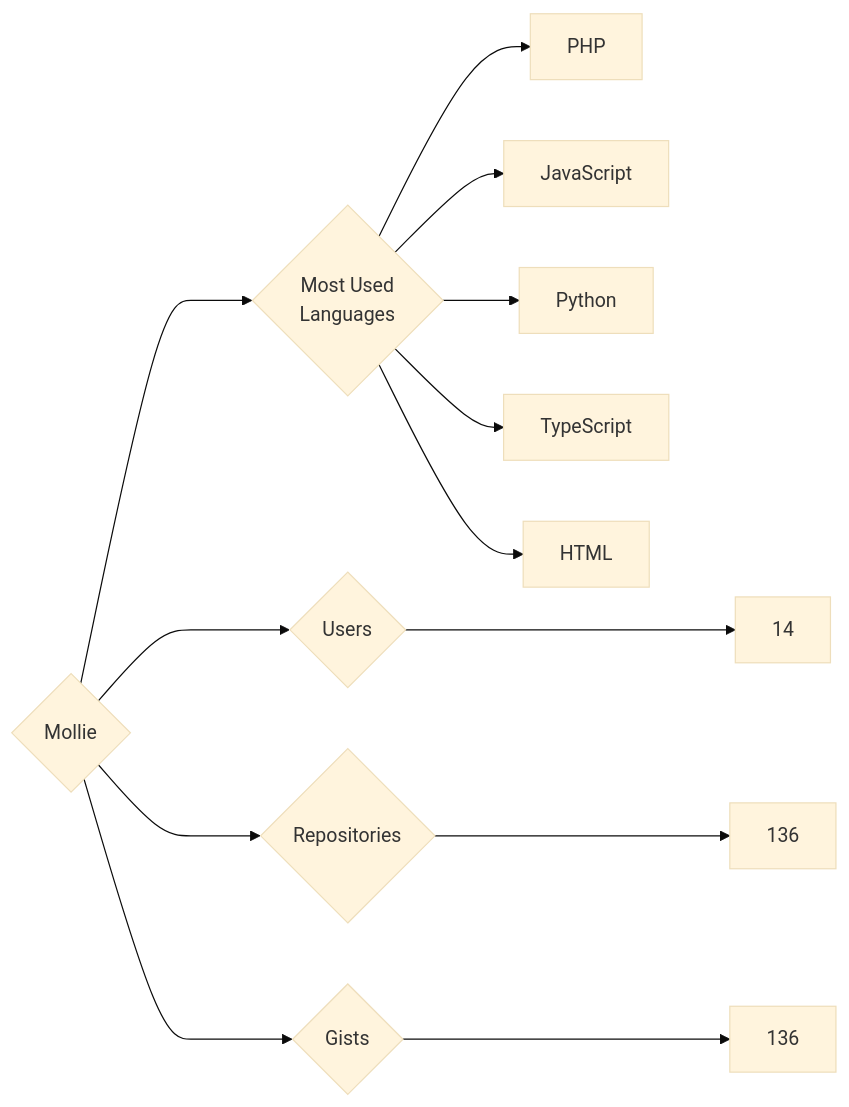
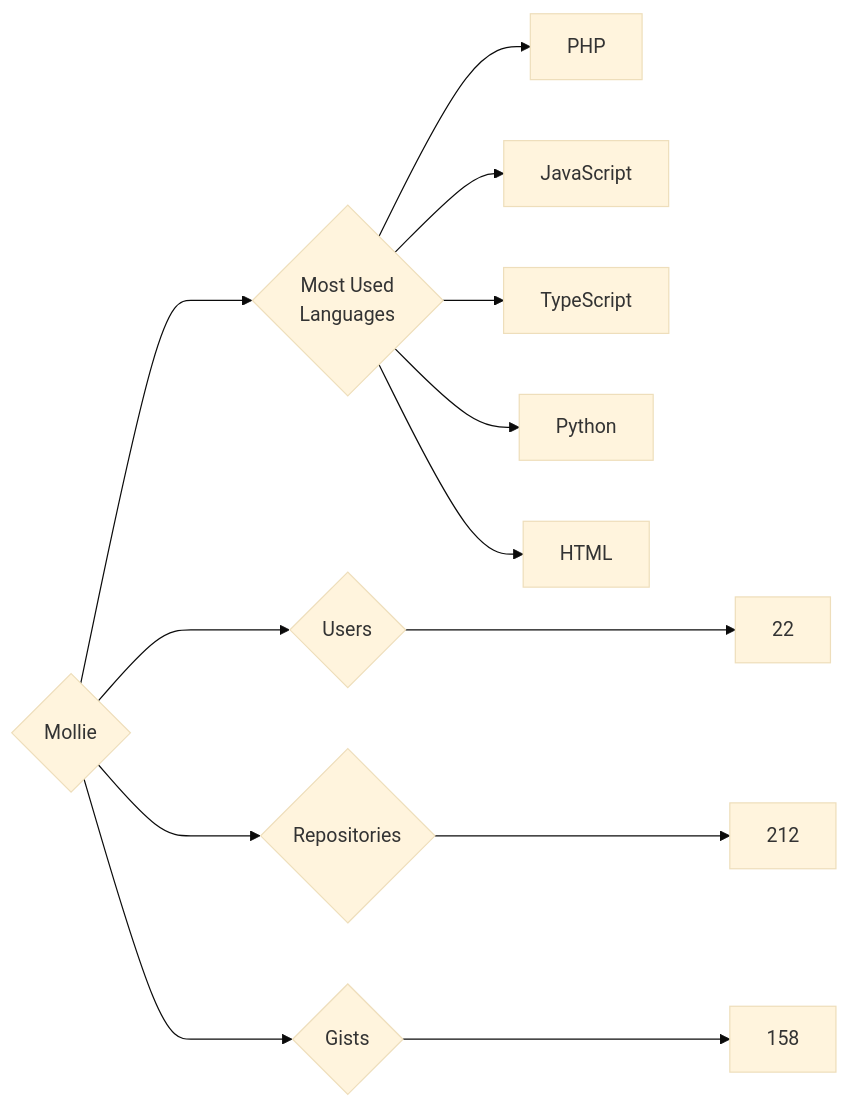
Before and after one commit to trickest/insiders: the diagram in targets/Mollie/README.md, drawn with Mermaid (base theme). The commit also changed 955 other files, not shown here.

````diff
--- a/targets/Mollie/README.md
+++ b/targets/Mollie/README.md
@@ -3,13 +3,13 @@
 ```mermaid
 graph LR
 COMPANY_NAME{Mollie}
-COMPANY_NAME ---> U{Users} ---> UN[14]
-COMPANY_NAME ---> R{Repositories} ---> RN[136]
-COMPANY_NAME ---> G{Gists} ---> GN[136]
+COMPANY_NAME ---> U{Users} ---> UN[22]
+COMPANY_NAME ---> R{Repositories} ---> RN[212]
+COMPANY_NAME ---> G{Gists} ---> GN[158]
 COMPANY_NAME ---> ML{Most Used<br>Languages}
 ML --> PHP[PHP]
 ML --> JavaScript[JavaScript]
+ML --> TypeScript[TypeScript]
 ML --> Python[Python]
-ML --> TypeScript[TypeScript]
 ML --> HTML[HTML]
 ```
````
